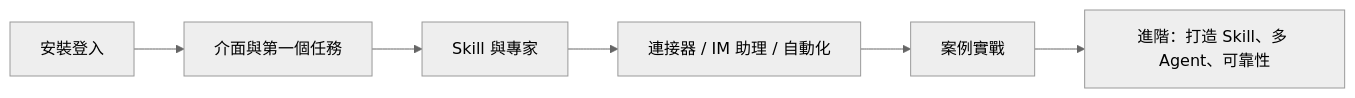
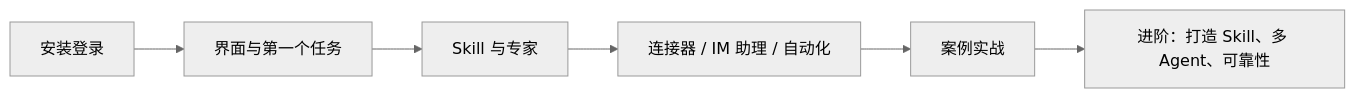
Before and after one commit to the-beating-light-of-the-nail/ai-tools-guide-site: the diagram in docs/zh-tw/workbuddy/index.md, drawn with Mermaid (neutral theme). The commit also changed other lines of this file and 136 other files, not shown here.

````diff
--- a/docs/zh-tw/workbuddy/index.md
+++ b/docs/zh-tw/workbuddy/index.md
@@ -9,8 +15,8 @@
 ```mermaid
 flowchart LR
-    A[安裝登入] --> B[介面與第一個任務]
-    B --> C[Skill 與專家]
-    C --> D[連接器 / IM 助理 / 自動化]
-    D --> E[案例實戰]
-    E --> F[進階：打造 Skill、多 Agent、可靠性]
+    A[安装登录] --> B[界面与第一个任务]
+    B --> C[Skill 与专家]
+    C --> D[连接器 / IM 助理 / 自动化]
+    D --> E[案例实战]
+    E --> F[进阶：打造 Skill、多 Agent、可靠性]
 ```
````
